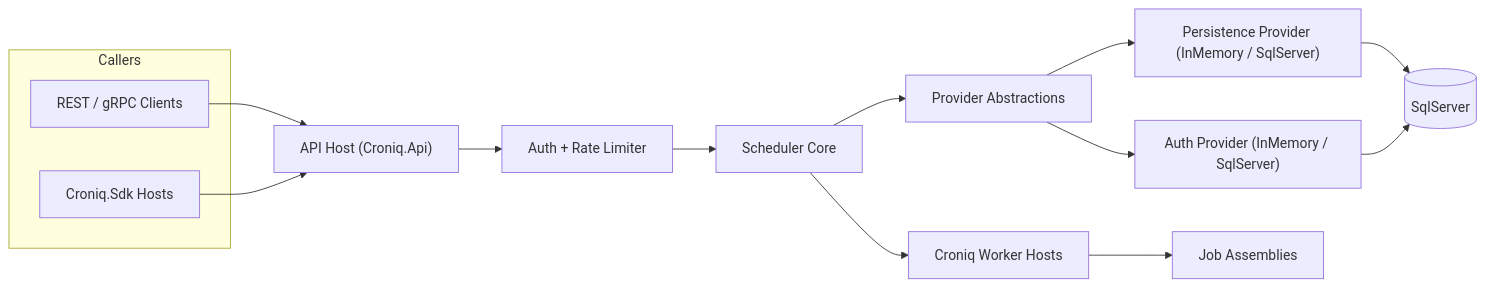
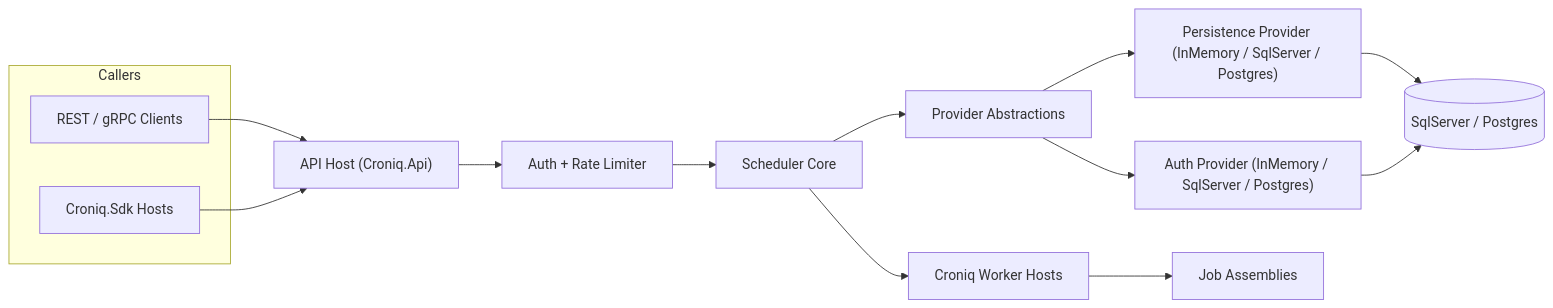
Before and after one commit to nuetzliches/croniq: the diagram in docs/deep-dive/architecture.md, drawn with Mermaid. The commit also changed other lines of this file and 126 other files, not shown here.

First line of the commit message:
Add Postgres support for persistence and auth

````diff
--- a/docs/deep-dive/architecture.md
+++ b/docs/deep-dive/architecture.md
@@ -28,29 +28,29 @@
 ```mermaid
 graph LR
   subgraph "Callers"
     ApiClients["REST / gRPC Clients"]
     JobAuthors["Croniq.Sdk Hosts"]
   end
 
   ApiHost["API Host (Croniq.Api)"]
   RateLimiter["Auth + Rate Limiter"]
   SchedulerCore["Scheduler Core"]
   ProviderBus["Provider Abstractions"]
-  Persistence["Persistence Provider (InMemory / SqlServer)"]
-  AuthProvider["Auth Provider (InMemory / SqlServer)"]
-  Sql[("SqlServer")]
+  Persistence["Persistence Provider (InMemory / SqlServer / Postgres)"]
+  AuthProvider["Auth Provider (InMemory / SqlServer / Postgres)"]
+  Relational[("SqlServer / Postgres")]
   WorkerHosts["Croniq Worker Hosts"]
   Jobs["Job Assemblies"]
 
   ApiClients --> ApiHost
   JobAuthors --> ApiHost
   ApiHost --> RateLimiter
   RateLimiter --> SchedulerCore
   SchedulerCore --> ProviderBus
   ProviderBus --> Persistence
   ProviderBus --> AuthProvider
-  Persistence --> Sql
-  AuthProvider --> Sql
+  Persistence --> Relational
+  AuthProvider --> Relational
   SchedulerCore --> WorkerHosts
   WorkerHosts --> Jobs
 ```
````
